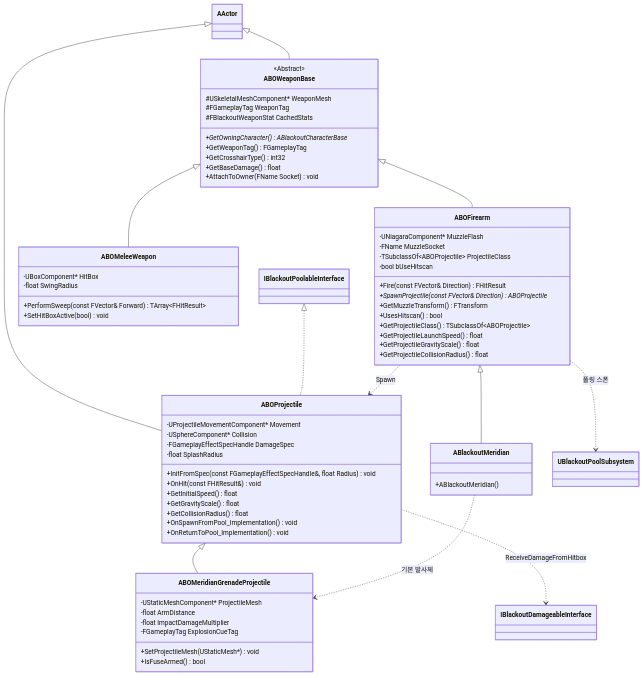
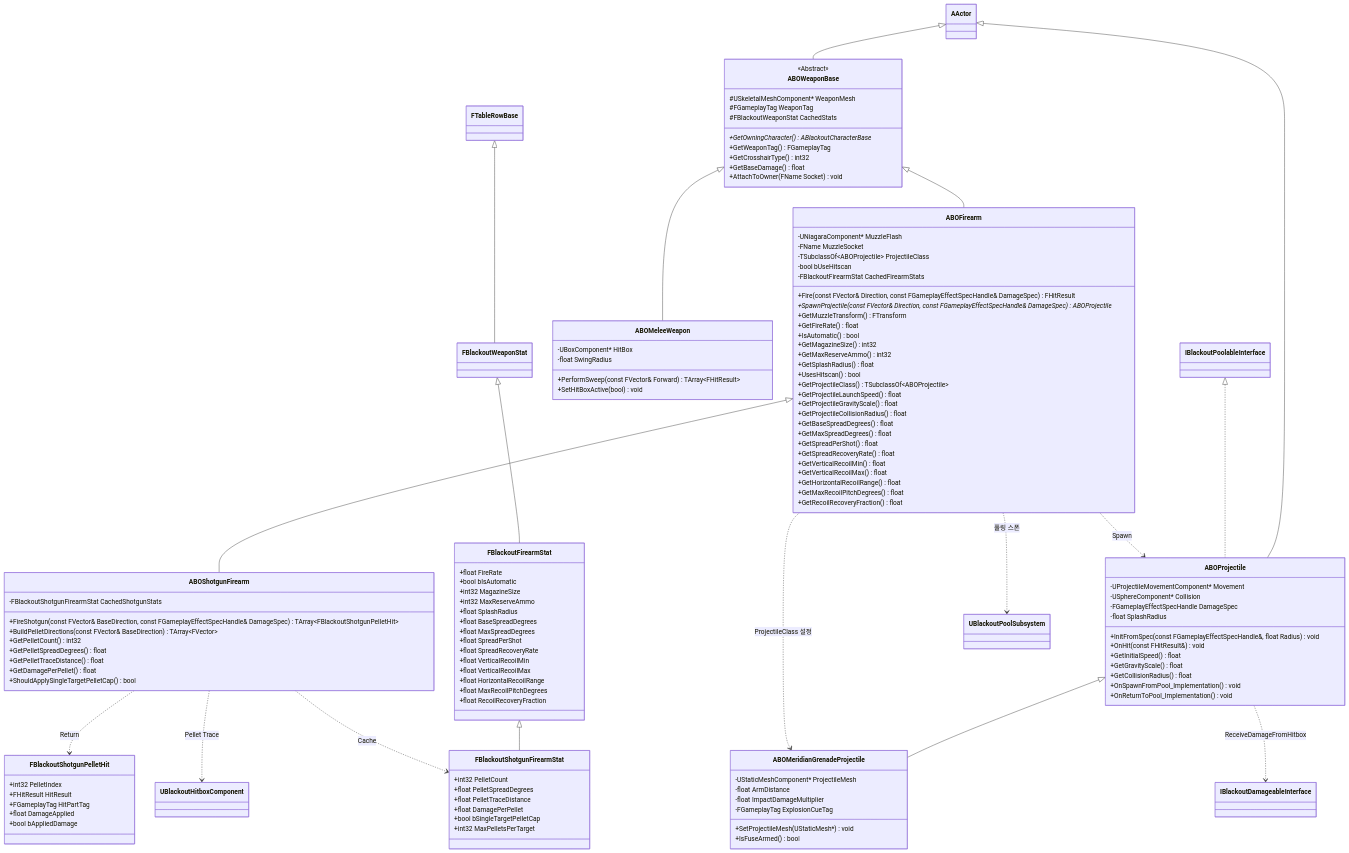
Before and after one commit to ThunderVolt45/ProjectBlackout: the diagram in Docs/Combat/02_Weapon_Hierarchy.md, drawn with Mermaid. The commit also changed other lines of this file and 19 other files, not shown here.

````diff
--- a/Docs/Combat/02_Weapon_Hierarchy.md
+++ b/Docs/Combat/02_Weapon_Hierarchy.md
@@ -8,12 +8,16 @@
 
     AActor <|-- ABOWeaponBase
     ABOWeaponBase <|-- ABOFirearm
+    ABOFirearm <|-- ABOShotgunFirearm
     ABOWeaponBase <|-- ABOMeleeWeapon
     AActor <|-- ABOProjectile
-    ABOFirearm <|-- ABlackoutMeridian
     ABOProjectile <|-- ABOMeridianGrenadeProjectile
 
     IBlackoutPoolableInterface <|.. ABOProjectile
+
+    FTableRowBase <|-- FBlackoutWeaponStat
+    FBlackoutWeaponStat <|-- FBlackoutFirearmStat
+    FBlackoutFirearmStat <|-- FBlackoutShotgunFirearmStat
 
     class ABOWeaponBase {
         <<Abstract>>
@@ -32,14 +36,40 @@
         -FName MuzzleSocket
         -TSubclassOf~ABOProjectile~ ProjectileClass
         -bool bUseHitscan
-        +Fire(const FVector& Direction) FHitResult
-        +SpawnProjectile(const FVector& Direction) ABOProjectile*
+        -FBlackoutFirearmStat CachedFirearmStats
+        +Fire(const FVector& Direction, const FGameplayEffectSpecHandle& DamageSpec) FHitResult
+        +SpawnProjectile(const FVector& Direction, const FGameplayEffectSpecHandle& DamageSpec) ABOProjectile*
         +GetMuzzleTransform() FTransform
+        +GetFireRate() float
+        +IsAutomatic() bool
+        +GetMagazineSize() int32
+        +GetMaxReserveAmmo() int32
+        +GetSplashRadius() float
         +UsesHitscan() bool
         +GetProjectileClass() TSubclassOf~ABOProjectile~
         +GetProjectileLaunchSpeed() float
         +GetProjectileGravityScale() float
         +GetProjectileCollisionRadius() float
+        +GetBaseSpreadDegrees() float
+        +GetMaxSpreadDegrees() float
+        +GetSpreadPerShot() float
+        +GetSpreadRecoveryRate() float
+        +GetVerticalRecoilMin() float
+        +GetVerticalRecoilMax() float
+        +GetHorizontalRecoilRange() float
+        +GetMaxRecoilPitchDegrees() float
+        +GetRecoilRecoveryFraction() float
+    }
+
+    class ABOShotgunFirearm {
+        -FBlackoutShotgunFirearmStat CachedShotgunStats
+        +FireShotgun(const FVector& BaseDirection, const FGameplayEffectSpecHandle& DamageSpec) TArray~FBlackoutShotgunPelletHit~
+        +BuildPelletDirections(const FVector& BaseDirection) TArray~FVector~
+        +GetPelletCount() int32
+        +GetPelletSpreadDegrees() float
+        +GetPelletTraceDistance() float
+        +GetDamagePerPellet() float
+        +ShouldApplySingleTargetPelletCap() bool
     }
 
     class ABOMeleeWeapon {
@@ -63,8 +93,38 @@
         +OnReturnToPool_Implementation() void
     }
 
-    class ABlackoutMeridian {
-        +ABlackoutMeridian()
+    class FBlackoutFirearmStat {
+        +float FireRate
+        +bool bIsAutomatic
+        +int32 MagazineSize
+        +int32 MaxReserveAmmo
+        +float SplashRadius
+        +float BaseSpreadDegrees
+        +float MaxSpreadDegrees
+        +float SpreadPerShot
+        +float SpreadRecoveryRate
+        +float VerticalRecoilMin
+        +float VerticalRecoilMax
+        +float HorizontalRecoilRange
+        +float MaxRecoilPitchDegrees
+        +float RecoilRecoveryFraction
+    }
+
+    class FBlackoutShotgunFirearmStat {
+        +int32 PelletCount
+        +float PelletSpreadDegrees
+        +float PelletTraceDistance
+        +float DamagePerPellet
+        +bool bSingleTargetPelletCap
+        +int32 MaxPelletsPerTarget
+    }
+
+    class FBlackoutShotgunPelletHit {
+        +int32 PelletIndex
+        +FHitResult HitResult
+        +FGameplayTag HitPartTag
+        +float DamageApplied
+        +bool bAppliedDamage
     }
 
     class ABOMeridianGrenadeProjectile {
@@ -77,7 +137,10 @@
     }
 
     ABOFirearm ..> ABOProjectile : Spawn
-    ABlackoutMeridian ..> ABOMeridianGrenadeProjectile : 기본 발사체
+    ABOShotgunFirearm ..> FBlackoutShotgunFirearmStat : Cache
+    ABOShotgunFirearm ..> FBlackoutShotgunPelletHit : Return
+    ABOShotgunFirearm ..> UBlackoutHitboxComponent : Pellet Trace
     ABOFirearm ..> UBlackoutPoolSubsystem : 풀링 스폰
+    ABOFirearm ..> ABOMeridianGrenadeProjectile : ProjectileClass 설정
     ABOProjectile ..> IBlackoutDamageableInterface : ReceiveDamageFromHitbox
 ```
````
